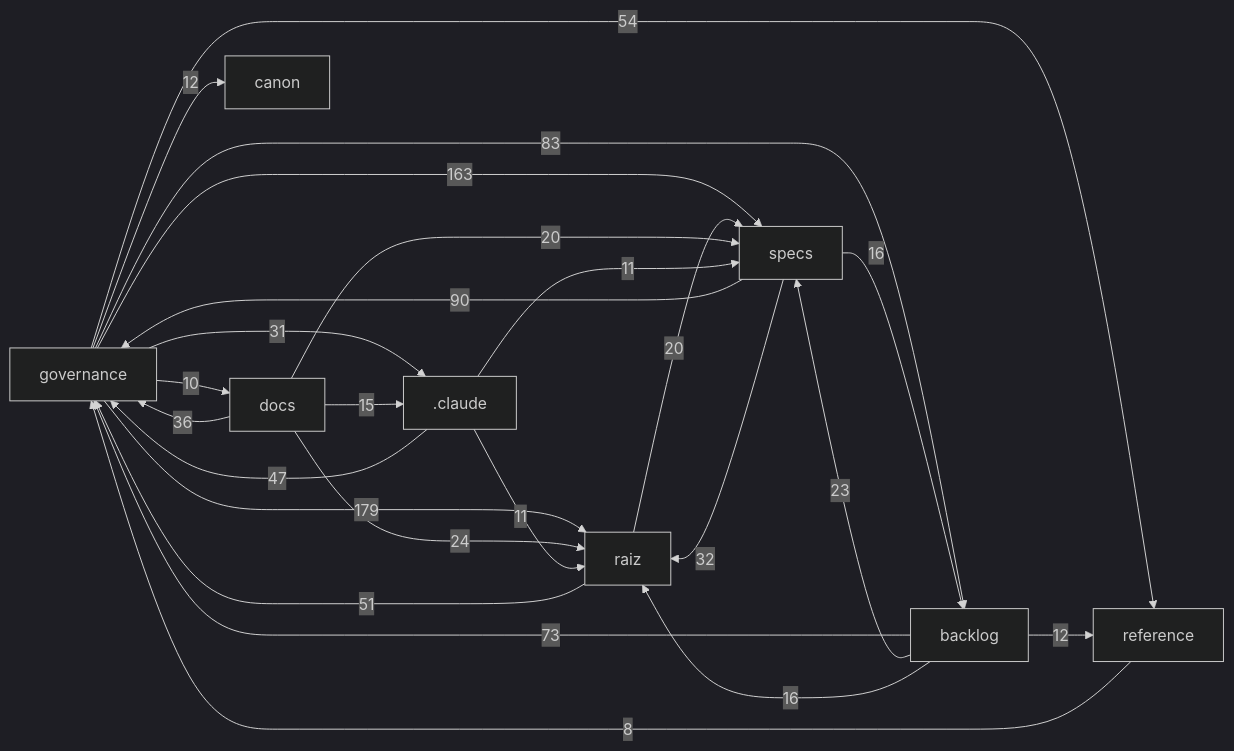
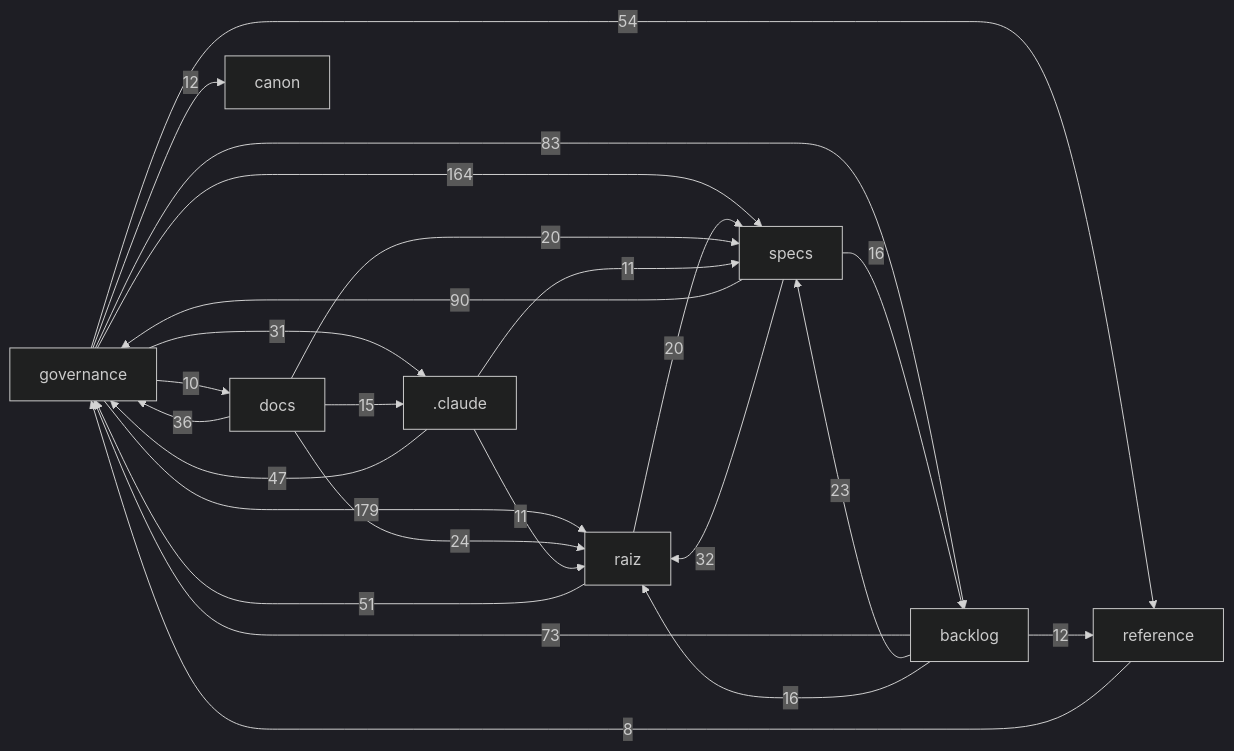
One commit to Andraus35/Sistema-Operacional-de-Trading--SOT changed the diagram in docs/mapa/MAPA-PROJETO.md. Above: the diagram before and after it, drawn with Mermaid (dark theme). The commit also changed other lines of this file and 3 other files, not shown here.

````diff
--- a/docs/mapa/MAPA-PROJETO.md
+++ b/docs/mapa/MAPA-PROJETO.md
@@ -29,27 +29,27 @@
 ```mermaid
 flowchart LR
   governance["governance"] -->|179| raiz["raiz"]
-  governance["governance"] -->|163| specs["specs"]
+  governance["governance"] -->|164| specs["specs"]
   specs["specs"] -->|90| governance["governance"]
   governance["governance"] -->|83| backlog["backlog"]
   backlog["backlog"] -->|73| governance["governance"]
   governance["governance"] -->|54| reference["reference"]
   raiz["raiz"] -->|51| governance["governance"]
   _claude[".claude"] -->|47| governance["governance"]
   docs["docs"] -->|36| governance["governance"]
   specs["specs"] -->|32| raiz["raiz"]
   governance["governance"] -->|31| _claude[".claude"]
   docs["docs"] -->|24| raiz["raiz"]
   backlog["backlog"] -->|23| specs["specs"]
   raiz["raiz"] -->|20| specs["specs"]
   docs["docs"] -->|20| specs["specs"]
   backlog["backlog"] -->|16| raiz["raiz"]
   specs["specs"] -->|16| backlog["backlog"]
   docs["docs"] -->|15| _claude[".claude"]
   backlog["backlog"] -->|12| reference["reference"]
   governance["governance"] -->|12| canon["canon"]
   _claude[".claude"] -->|11| raiz["raiz"]
   _claude[".claude"] -->|11| specs["specs"]
   governance["governance"] -->|10| docs["docs"]
   reference["reference"] -->|8| governance["governance"]
 ```
````
